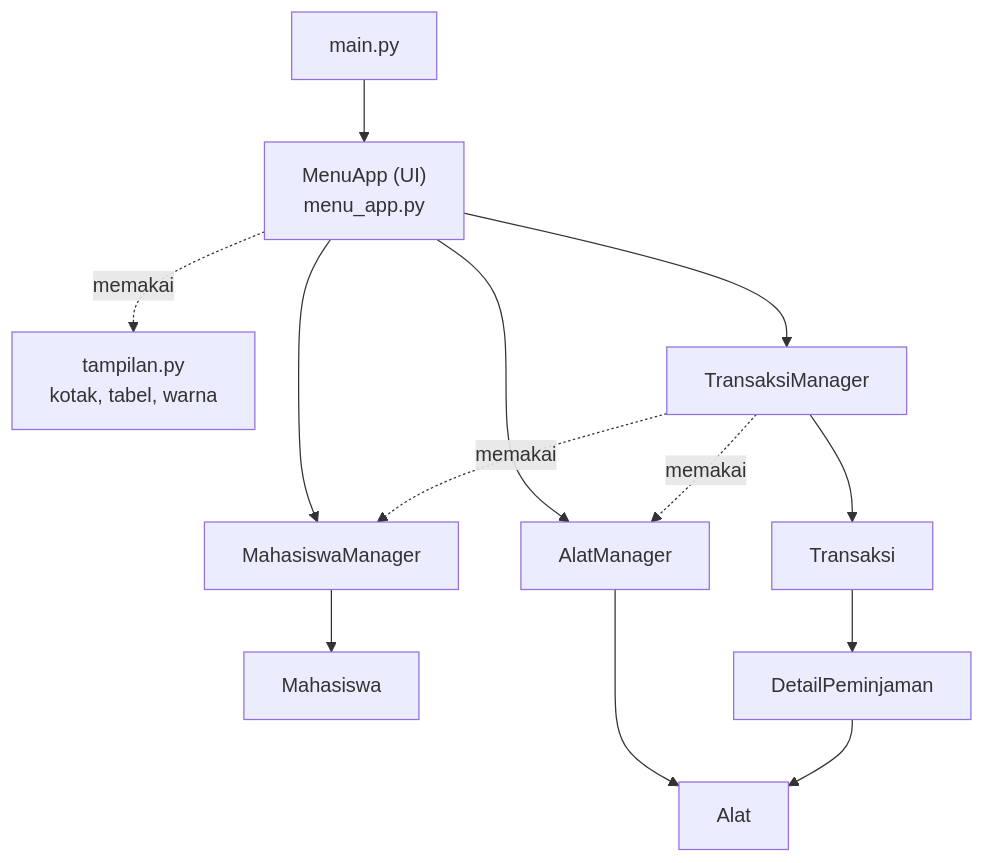
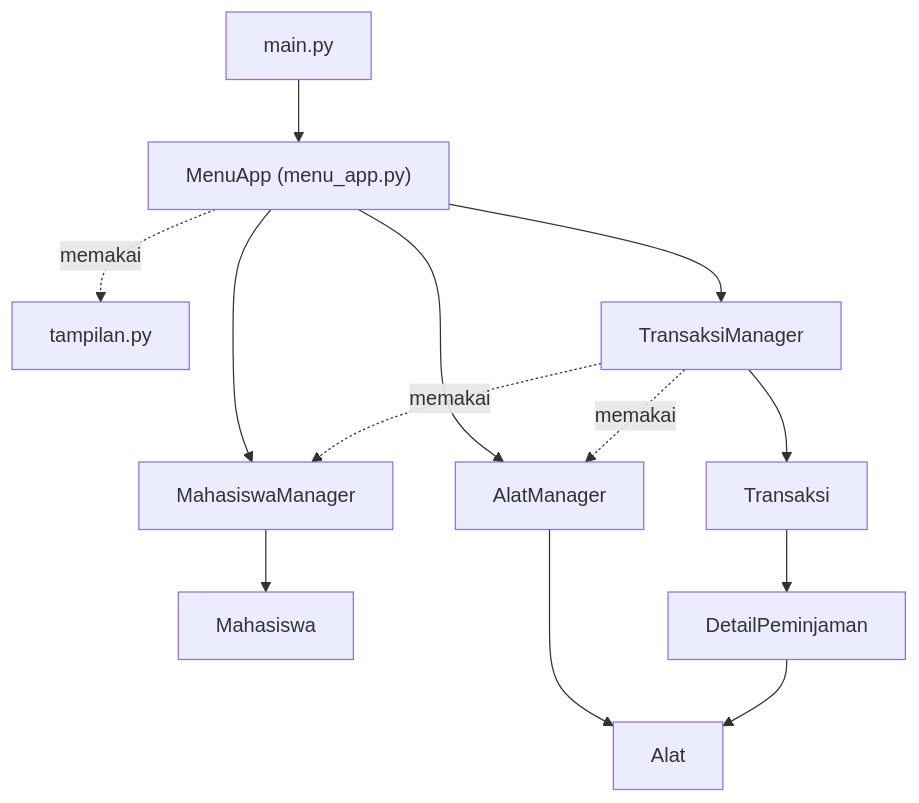
One commit to relzajaa/Project1_Kelompok3_PraktikumPemrogramanDasar changed the diagram in README.md. Above: the diagram before and after it, drawn with Mermaid. The commit also changed other lines of this file, not shown here.

````diff
--- a/README.md
+++ b/README.md
@@ -137,15 +146,15 @@
 ```mermaid
 flowchart TD
-    A["main.py"] --> B["MenuApp (UI)<br/>menu_app.py"]
-    B -. memakai .-> T["tampilan.py<br/>kotak, tabel, warna"]
+    A["main.py"] --> B["MenuApp (menu_app.py)"]
+    B -. memakai .-> T["tampilan.py"]
     B --> M1["MahasiswaManager"]
     B --> M2["AlatManager"]
     B --> M3["TransaksiManager"]
     M3 -. memakai .-> M1
     M3 -. memakai .-> M2
     M1 --> D1["Mahasiswa"]
     M2 --> D2["Alat"]
     M3 --> D3["Transaksi"]
     D3 --> D4["DetailPeminjaman"]
     D4 --> D2
 ```
````
